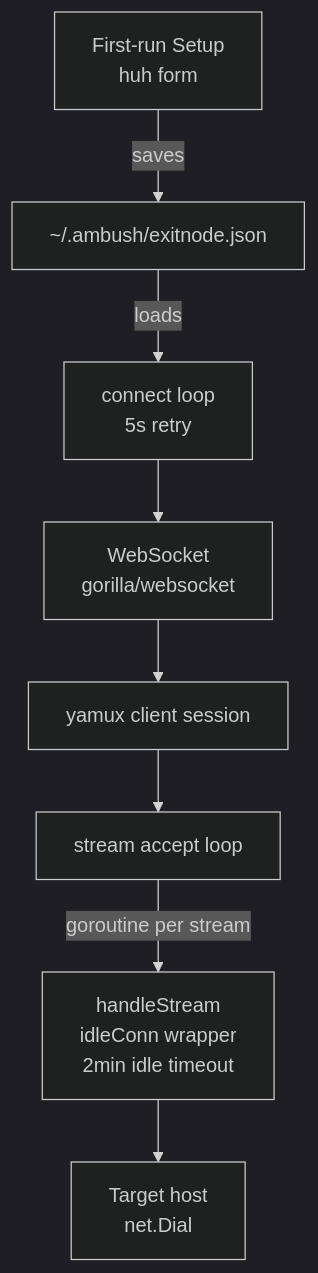
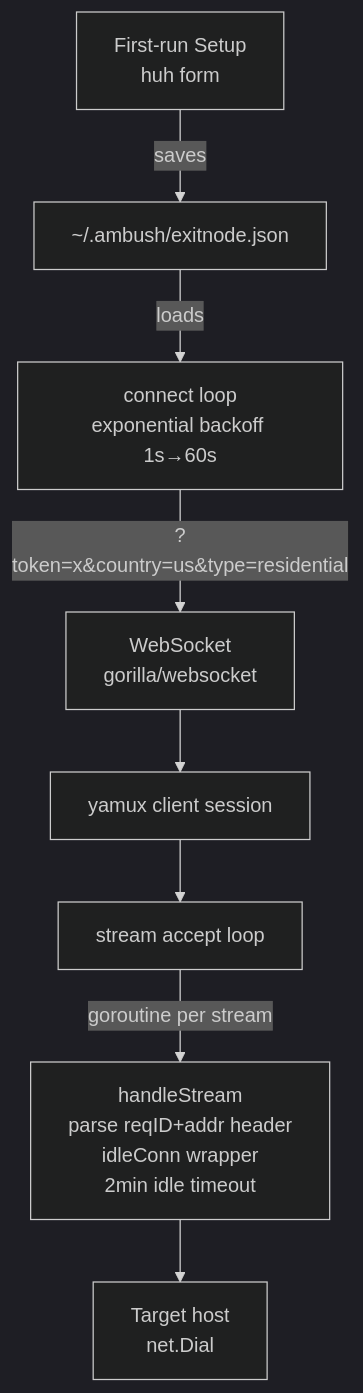
Before and after one commit to mrggvg/ambush: the fourth of 5 diagrams in docs/architecture.md, drawn with Mermaid (dark theme). The commit also changed other lines of this file and 21 other files, not shown here.

````diff
--- a/docs/architecture.md
+++ b/docs/architecture.md
@@ -80,19 +99,19 @@
 ```mermaid
 graph TD
     SETUP["First-run Setup\nhuh form"]
     CONFIG["~/.ambush/exitnode.json"]
-    CONNECT["connect loop\n5s retry"]
+    CONNECT["connect loop\nexponential backoff 1s→60s"]
     WS["WebSocket\ngorilla/websocket"]
     YAMUX["yamux client session"]
     ACCEPT["stream accept loop"]
-    RELAY["handleStream\nidleConn wrapper\n2min idle timeout"]
+    RELAY["handleStream\nparse reqID+addr header\nidleConn wrapper\n2min idle timeout"]
     TARGET["Target host\nnet.Dial"]
 
     SETUP -->|saves| CONFIG
     CONFIG -->|loads| CONNECT
-    CONNECT --> WS
+    CONNECT -->|"?token=x&country=us&type=residential"| WS
     WS --> YAMUX
     YAMUX --> ACCEPT
     ACCEPT -->|goroutine per stream| RELAY
     RELAY --> TARGET
 ```
````
